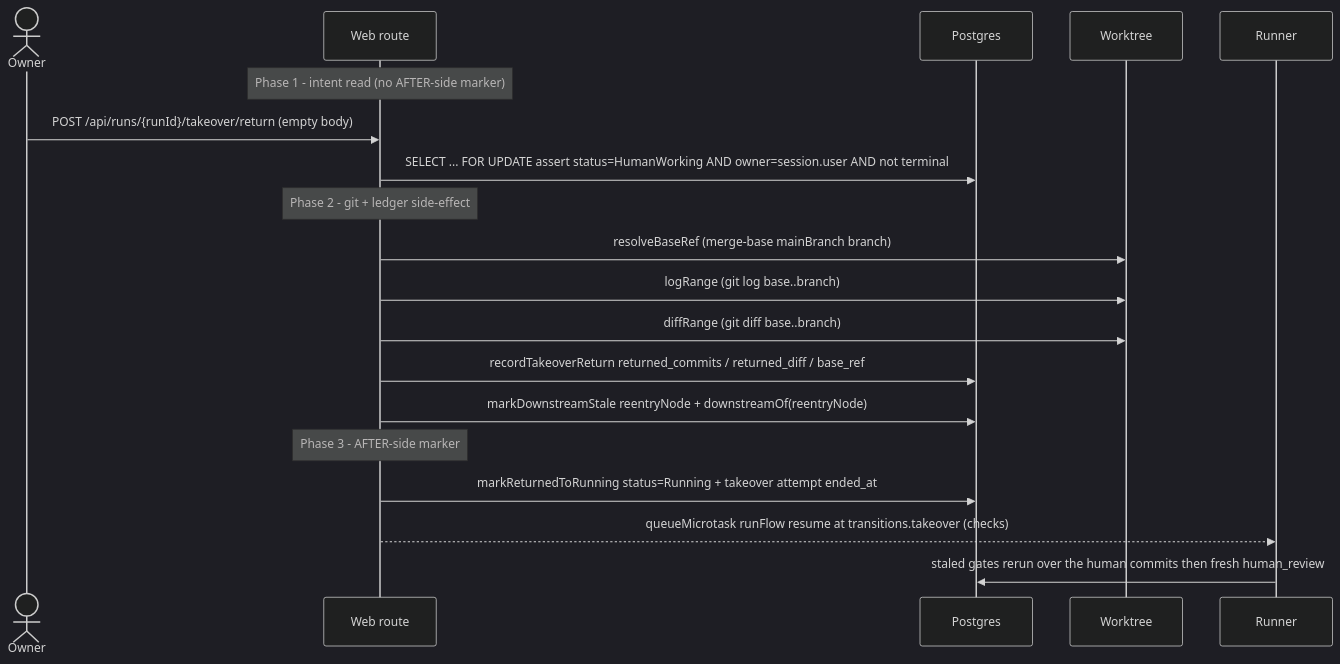
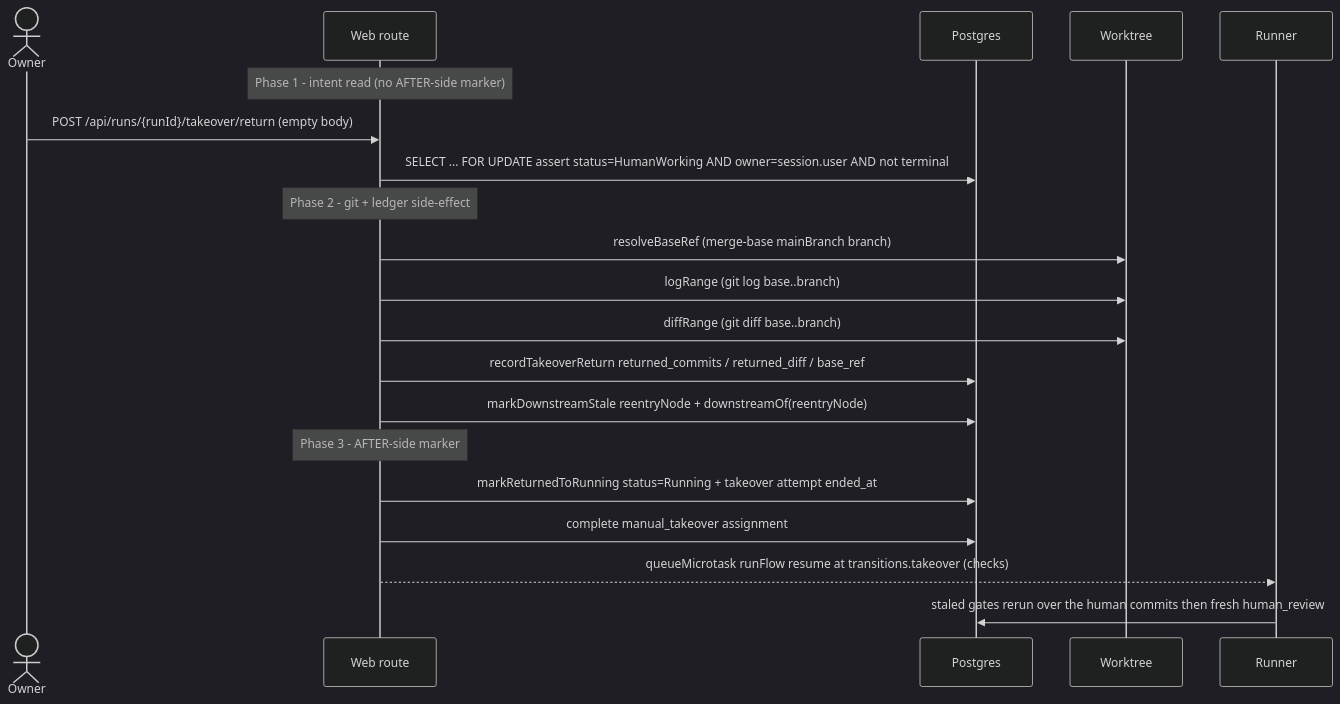
The third of 4 diagrams in docs/system-analytics/manual-takeover.md (maister-dev/maister), drawn with Mermaid (dark theme) before and after one commit. The commit also changed other lines of this file and 65 other files, not shown here.

````diff
--- a/docs/system-analytics/manual-takeover.md
+++ b/docs/system-analytics/manual-takeover.md
@@ -90,22 +95,23 @@
 ```mermaid
 sequenceDiagram
     actor U as Owner
     participant W as Web route
     participant DB as Postgres
     participant FS as Worktree
     participant R as Runner
 
     Note over W: Phase 1 - intent read (no AFTER-side marker)
     U->>W: POST /api/runs/{runId}/takeover/return (empty body)
     W->>DB: SELECT ... FOR UPDATE assert status=HumanWorking AND owner=session.user AND not terminal
     Note over W: Phase 2 - git + ledger side-effect
     W->>FS: resolveBaseRef (merge-base mainBranch branch)
     W->>FS: logRange (git log base..branch)
     W->>FS: diffRange (git diff base..branch)
     W->>DB: recordTakeoverReturn returned_commits / returned_diff / base_ref
     W->>DB: markDownstreamStale reentryNode + downstreamOf(reentryNode)
     Note over W: Phase 3 - AFTER-side marker
     W->>DB: markReturnedToRunning status=Running + takeover attempt ended_at
+    W->>DB: complete manual_takeover assignment
     W-->>R: queueMicrotask runFlow resume at transitions.takeover (checks)
     R->>DB: staled gates rerun over the human commits then fresh human_review
 ```
````
